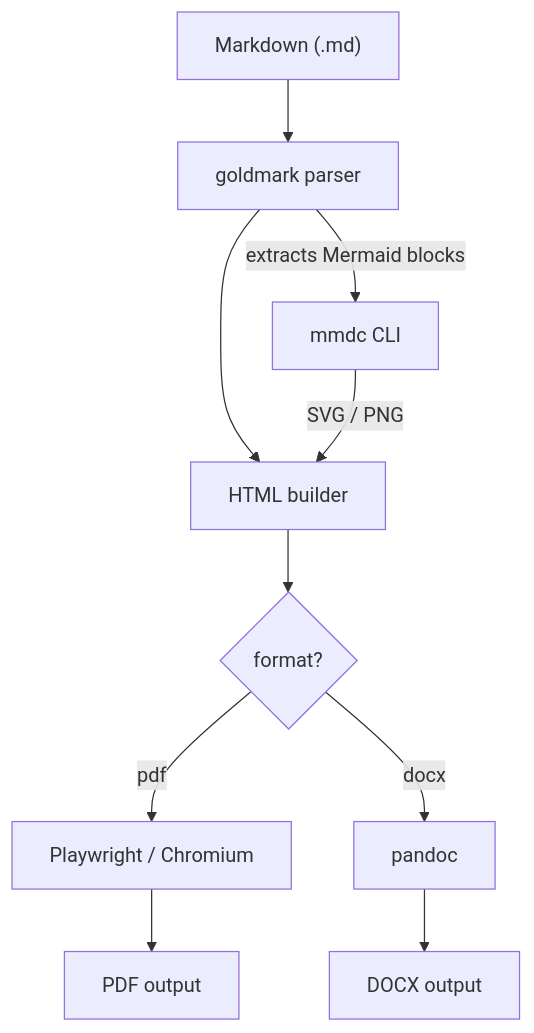
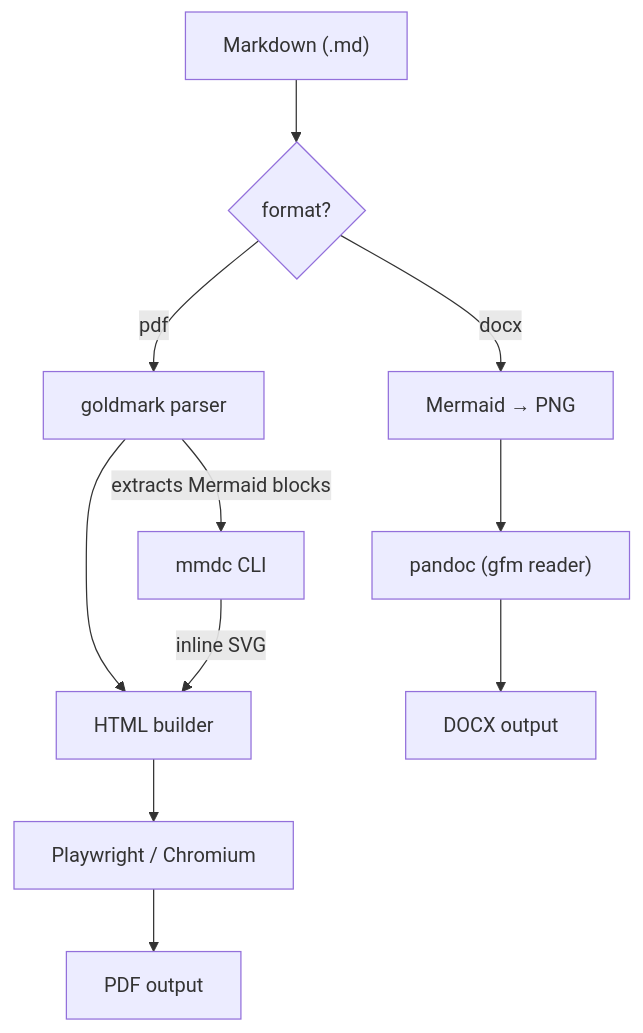
The diagram in README.md (135yshr/md2pdf), drawn with Mermaid before and after one commit. The commit also changed other lines of this file and 8 other files, not shown here.

First line of the commit message:
✨ feat: generate DOCX directly from Markdown (#34)

````diff
--- a/README.md
+++ b/README.md
@@ -161,12 +162,13 @@
 ```mermaid
 flowchart TD
-    A["Markdown (.md)"] --> B[goldmark parser]
+    A["Markdown (.md)"] --> E{format?}
+    E -->|pdf| B[goldmark parser]
     B --> C[HTML builder]
     B -->|extracts Mermaid blocks| D[mmdc CLI]
-    D -->|SVG / PNG| C
-    C --> E{format?}
-    E -->|pdf| F["Playwright / Chromium"]
+    D -->|inline SVG| C
+    C --> F["Playwright / Chromium"]
     F --> G[PDF output]
-    E -->|docx| H[pandoc]
+    E -->|docx| J[Mermaid → PNG]
+    J --> H["pandoc (gfm reader)"]
     H --> I[DOCX output]
 ```
````
